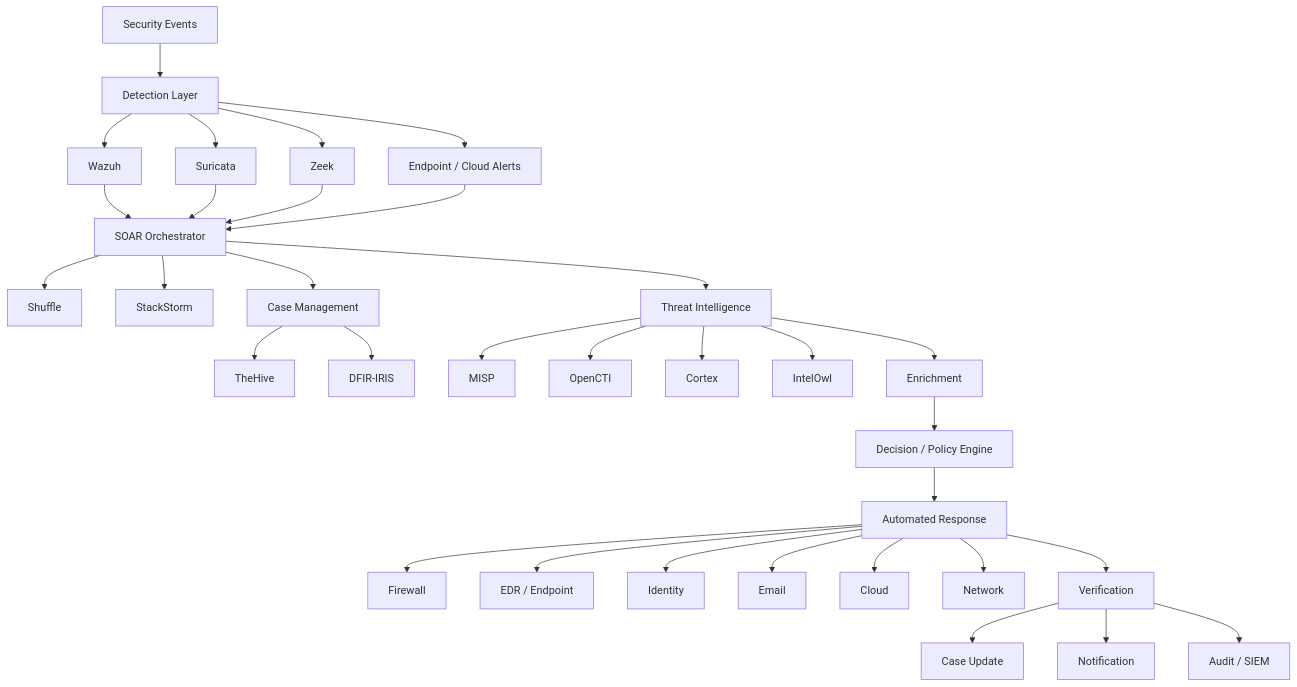
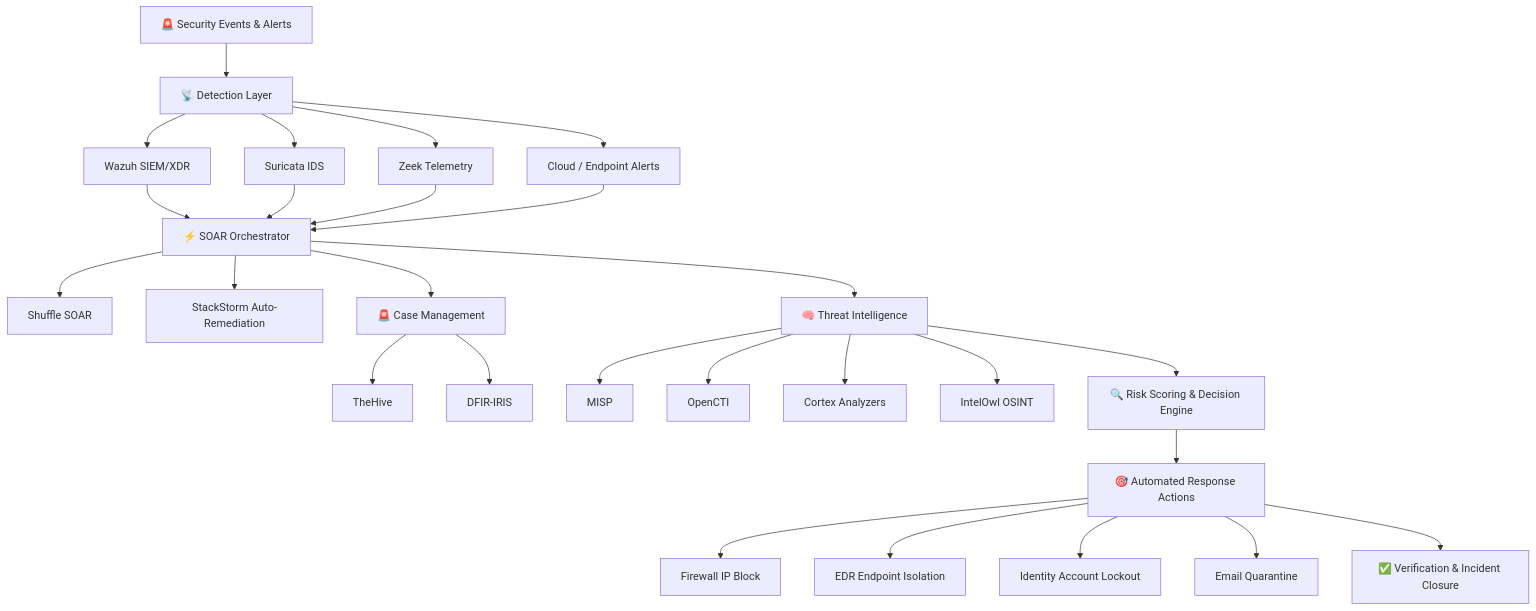
One commit to ishandutta2007/Awesome-Security-Orchestration changed the first of 2 diagrams in README.md. Above: the diagram before and after it, drawn with Mermaid. The commit also changed other lines of this file and 2 other files, not shown here.

````diff
--- a/README.md
+++ b/README.md
@@ -571,48 +300,37 @@
 ```mermaid
 flowchart TB
-    A[Security Events] --> B[Detection Layer]
+    A[🚨 Security Events & Alerts] --> B[📡 Detection Layer]
 
-    B --> B1[Wazuh]
-    B --> B2[Suricata]
-    B --> B3[Zeek]
-    B --> B4[Endpoint / Cloud Alerts]
+    B --> B1[Wazuh SIEM/XDR]
+    B --> B2[Suricata IDS]
+    B --> B3[Zeek Telemetry]
+    B --> B4[Cloud / Endpoint Alerts]
 
-    B1 --> C[SOAR Orchestrator]
+    B1 --> C[⚡ SOAR Orchestrator]
     B2 --> C
     B3 --> C
     B4 --> C
 
-    C --> C1[Shuffle]
-    C --> C2[StackStorm]
+    C --> C1[Shuffle SOAR]
+    C --> C2[StackStorm Auto-Remediation]
 
-    C --> D[Case Management]
-
+    C --> D[🚨 Case Management]
     D --> D1[TheHive]
     D --> D2[DFIR-IRIS]
 
-    C --> E[Threat Intelligence]
-
+    C --> E[🧠 Threat Intelligence]
     E --> E1[MISP]
     E --> E2[OpenCTI]
-    E --> E3[Cortex]
-    E --> E4[IntelOwl]
+    E --> E3[Cortex Analyzers]
+    E --> E4[IntelOwl OSINT]
 
-    E --> F[Enrichment]
+    E --> F[🔍 Risk Scoring & Decision Engine]
 
-    F --> G[Decision / Policy Engine]
+    F --> G[🎯 Automated Response Actions]
+    G --> G1[Firewall IP Block]
+    G --> G2[EDR Endpoint Isolation]
+    G --> G3[Identity Account Lockout]
+    G --> G4[Email Quarantine]
 
-    G --> H[Automated Response]
-
-    H --> H1[Firewall]
-    H --> H2[EDR / Endpoint]
-    H --> H3[Identity]
-    H --> H4[Email]
-    H --> H5[Cloud]
-    H --> H6[Network]
-
-    H --> I[Verification]
-
-    I --> J[Case Update]
-    I --> K[Notification]
-    I --> L[Audit / SIEM]
+    G --> H[✅ Verification & Incident Closure]
 ```
````
